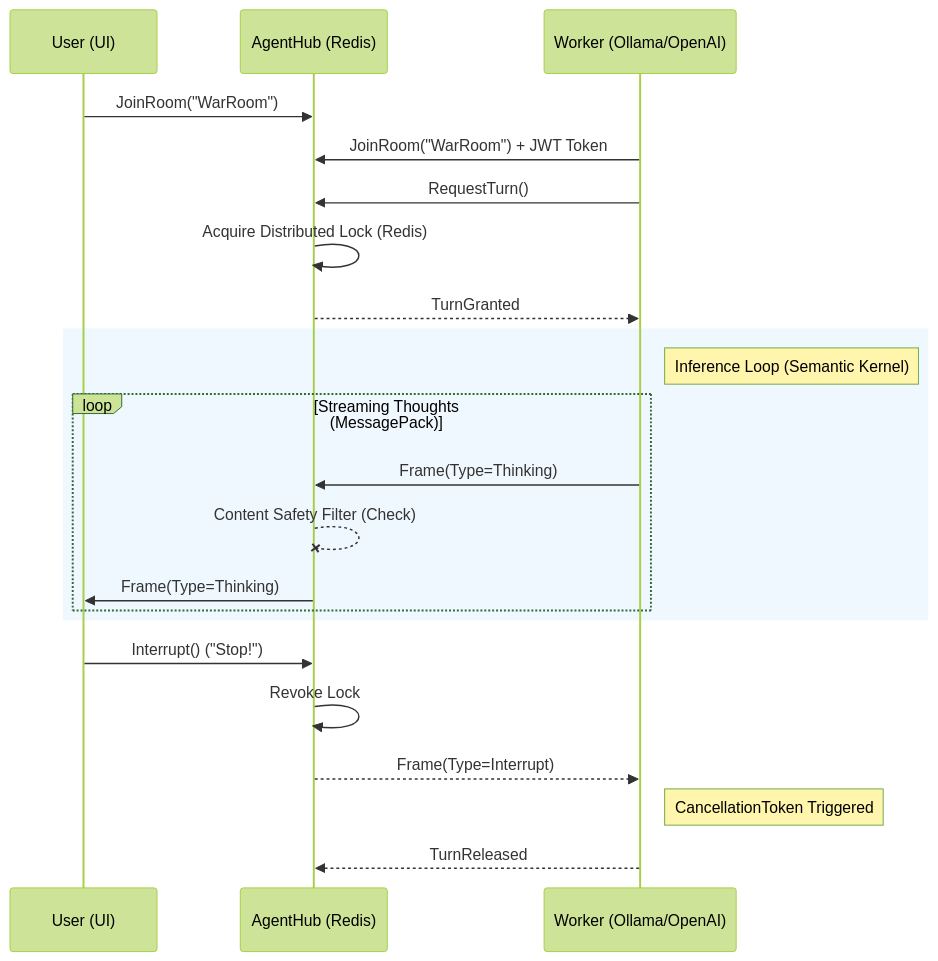
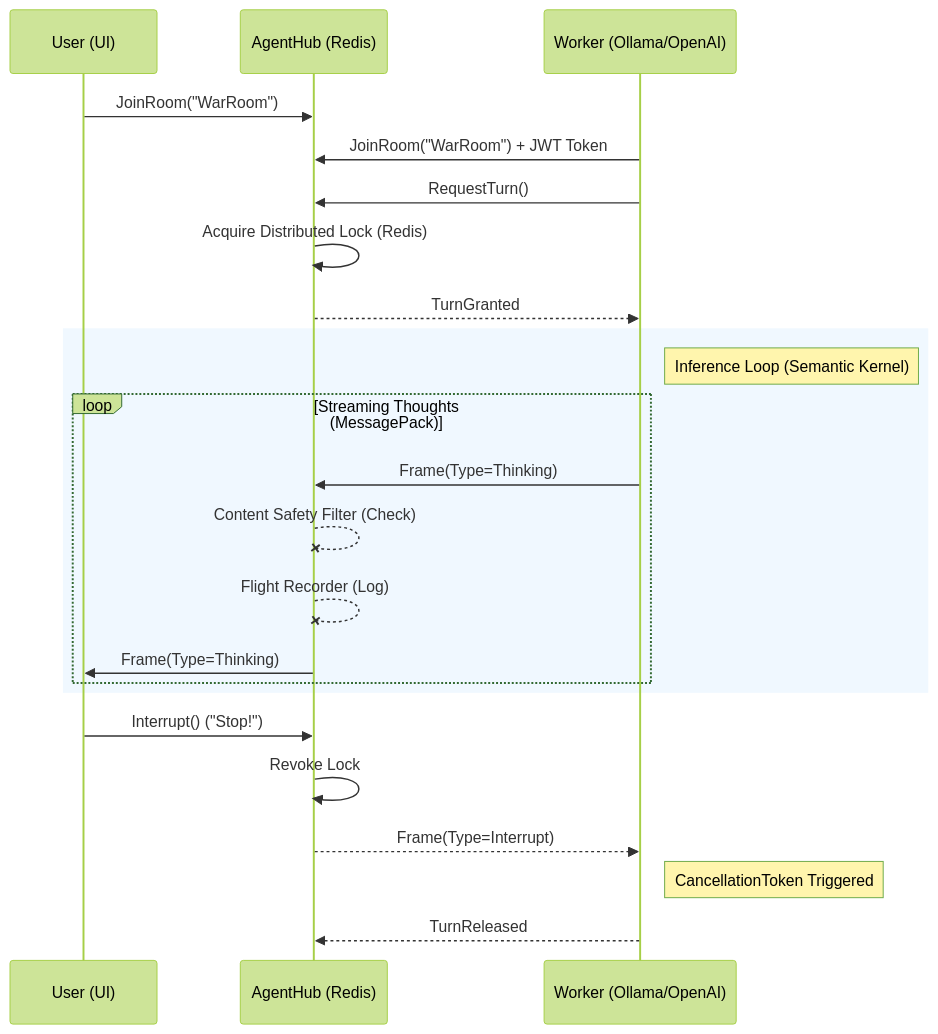
One commit to Digvijay/AgentR changed the diagram in README.md. Above: the diagram before and after it, drawn with Mermaid (forest theme). The commit also changed other lines of this file and 112 other files, not shown here.

````diff
--- a/README.md
+++ b/README.md
@@ -34,29 +38,30 @@
 ```mermaid
 sequenceDiagram
     participant User as User (UI)
     participant Hub as AgentHub (Redis)
     participant Agent as Worker (Ollama/OpenAI)
 
     User->>Hub: JoinRoom("WarRoom")
     Agent->>Hub: JoinRoom("WarRoom") + JWT Token
     
     Agent->>Hub: RequestTurn()
     Hub->>Hub: Acquire Distributed Lock (Redis)
     Hub-->>Agent: TurnGranted
     
     rect rgb(240, 248, 255)
     note right of Agent: Inference Loop (Semantic Kernel)
     loop Streaming Thoughts (MessagePack)
         Agent->>Hub: Frame(Type=Thinking)
         Hub--xHub: Content Safety Filter (Check)
+        Hub--xHub: Flight Recorder (Log)
         Hub->>User: Frame(Type=Thinking)
     end
     end
 
     User->>Hub: Interrupt() ("Stop!")
     Hub->>Hub: Revoke Lock
     Hub-->>Agent: Frame(Type=Interrupt)
     
     note right of Agent: CancellationToken Triggered
     Agent-->>Hub: TurnReleased
 ```
````
